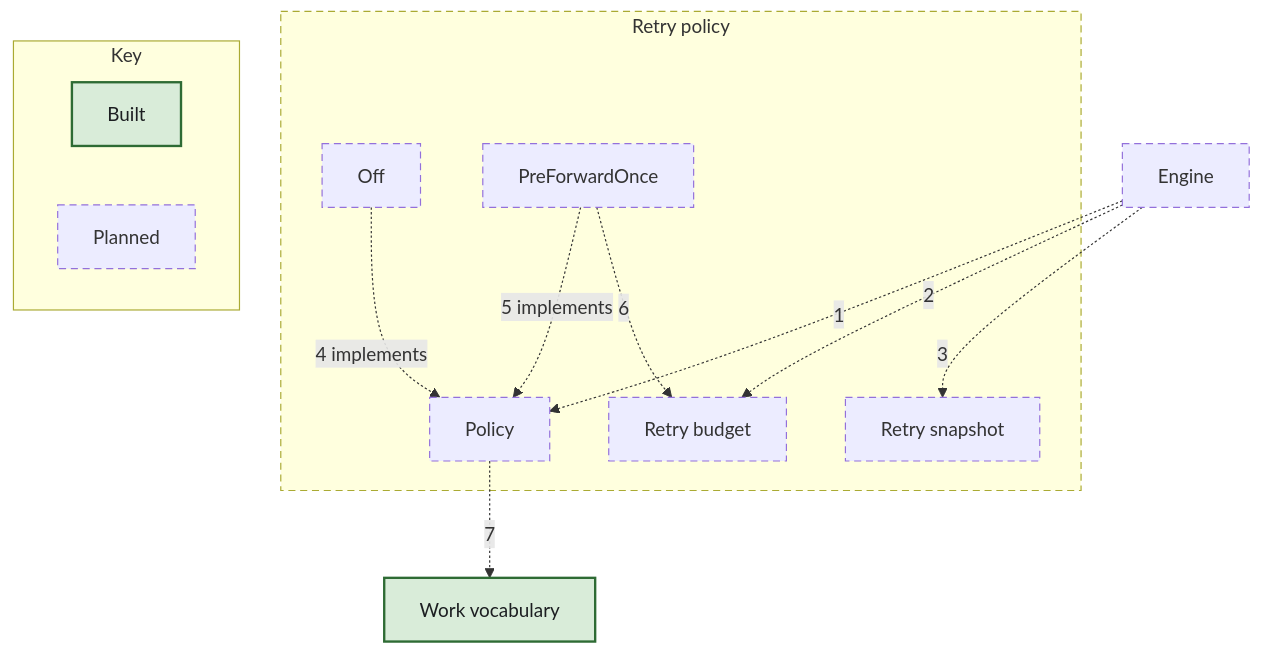
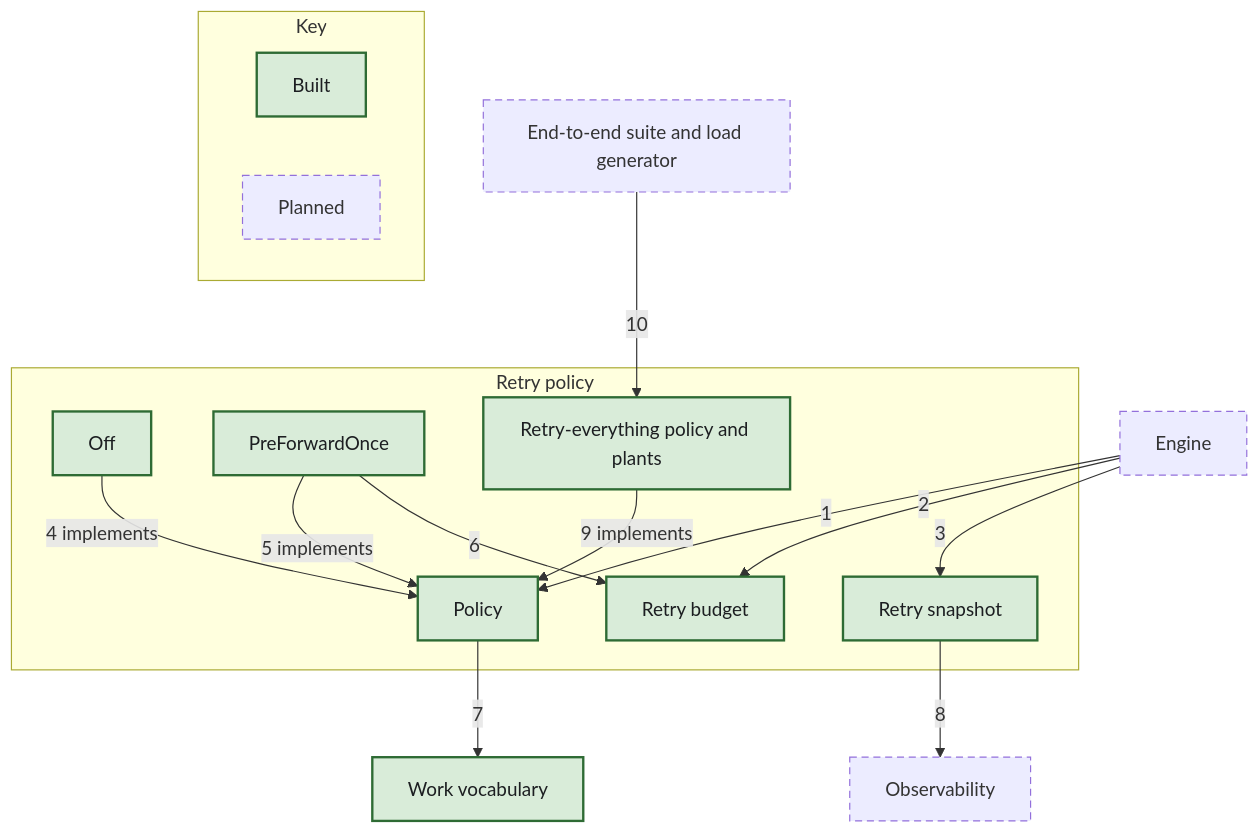
Before and after one commit to nickstrad/mini-gateway: the diagram in docs/c4/diagrams/10-component-retry.mmd, drawn with Mermaid. The commit also changed 19 other files, not shown here.

First line of the commit message:
c4: mark chunk 12's retry policy built and draw its wiring

```diff
--- a/docs/c4/diagrams/10-component-retry.mmd
+++ b/docs/c4/diagrams/10-component-retry.mmd
@@ -1,24 +1,29 @@
 flowchart TB
   N_ENGINE["Engine"]:::planned
   N_WORK["Work vocabulary"]:::built
+  N_OBS["Observability"]:::planned
+  N_E2E["End-to-end suite and load generator"]:::planned
   subgraph SCOPE["Retry policy"]
-    R_POLICY["Policy"]:::planned
-    R_OFF["Off"]:::planned
-    R_ONCE["PreForwardOnce"]:::planned
-    R_BUDGET["Retry budget"]:::planned
-    R_SNAP["Retry snapshot"]:::planned
+    R_POLICY["Policy"]:::built
+    R_OFF["Off"]:::built
+    R_ONCE["PreForwardOnce"]:::built
+    R_BUDGET["Retry budget"]:::built
+    R_SNAP["Retry snapshot"]:::built
+    R_EVERYTHING["Retry-everything policy and plants"]:::built
   end
-  N_ENGINE -.->|1| R_POLICY
-  N_ENGINE -.->|2| R_BUDGET
-  N_ENGINE -.->|3| R_SNAP
-  R_OFF -.->|4 implements| R_POLICY
-  R_ONCE -.->|5 implements| R_POLICY
-  R_ONCE -.->|6| R_BUDGET
-  R_POLICY -.->|7| N_WORK
+  N_ENGINE -->|1| R_POLICY
+  N_ENGINE -->|2| R_BUDGET
+  N_ENGINE -->|3| R_SNAP
+  R_OFF -->|4 implements| R_POLICY
+  R_ONCE -->|5 implements| R_POLICY
+  R_ONCE -->|6| R_BUDGET
+  R_POLICY -->|7| N_WORK
+  R_SNAP -->|8| N_OBS
+  R_EVERYTHING -->|9 implements| R_POLICY
+  N_E2E -->|10| R_EVERYTHING
   subgraph KEY["Key"]
     KEY_BUILT["Built"]:::built
     KEY_PLANNED["Planned"]:::planned
   end
   classDef built fill:#d9ecd9,stroke:#2e6b34,stroke-width:2px,color:#1c1e21
   classDef planned stroke-width:1px,stroke-dasharray:6 4
-  style SCOPE stroke-dasharray:6 4
```
